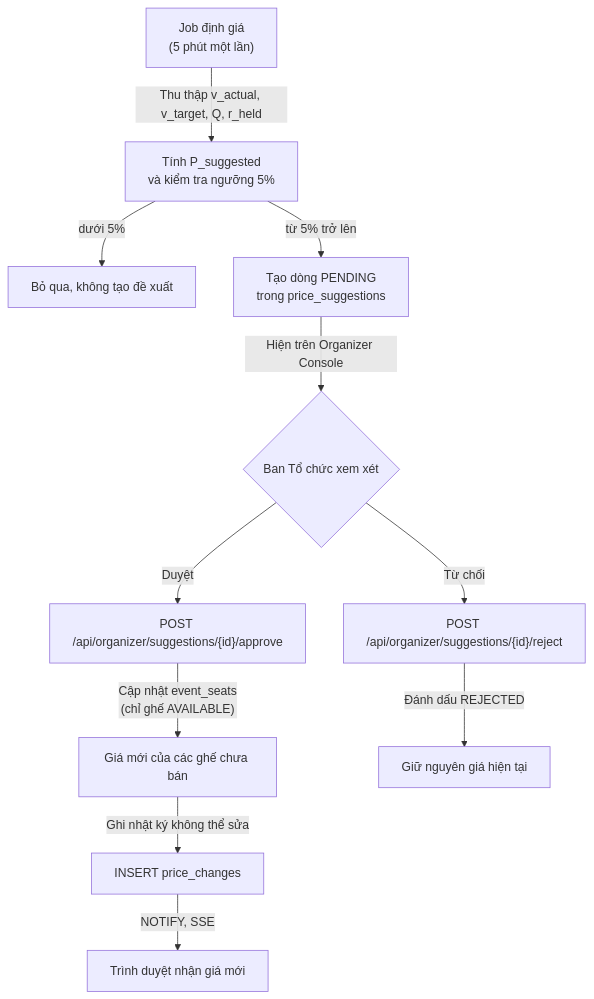
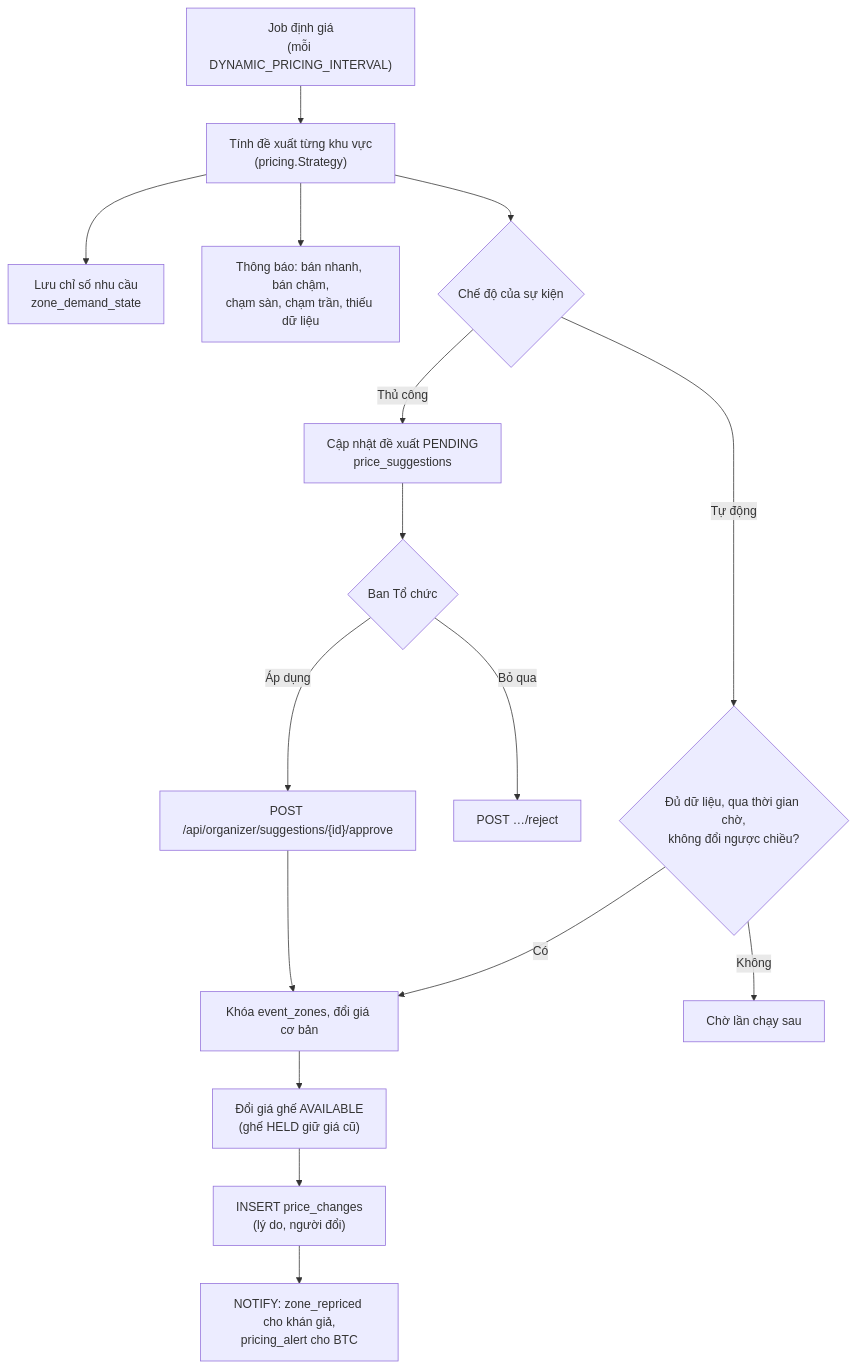
The diagram in docs/dynamic-pricing.md (nhansp/COSH301), drawn with Mermaid before and after one commit. The commit also changed other lines of this file and 2 other files, not shown here.

First line of the commit message:
docs: Document dynamic pricing modes, recommendations and organizer APIs

````diff
--- a/docs/dynamic-pricing.md
+++ b/docs/dynamic-pricing.md
@@ -113,15 +179,21 @@
 ```mermaid
 flowchart TD
-    Job["Job định giá<br/>(5 phút một lần)"] -->|"Thu thập v_actual, v_target, Q, r_held"| Calc["Tính P_suggested<br/>và kiểm tra ngưỡng 5%"]
-    Calc -->|"dưới 5%"| Ignore["Bỏ qua, không tạo đề xuất"]
-    Calc -->|"từ 5% trở lên"| Create["Tạo dòng PENDING<br/>trong price_suggestions"]
-    Create -->|"Hiện trên Organizer Console"| Organizer{"Ban Tổ chức xem xét"}
+    Job["Job định giá<br/>(mỗi DYNAMIC_PRICING_INTERVAL)"] --> Analyze["Tính đề xuất từng khu vực<br/>(pricing.Strategy)"]
+    Analyze --> State["Lưu chỉ số nhu cầu<br/>zone_demand_state"]
+    Analyze --> Alerts["Thông báo: bán nhanh, bán chậm,<br/>chạm sàn, chạm trần, thiếu dữ liệu"]
+    Analyze --> Mode{"Chế độ của sự kiện"}
 
-    Organizer -->|"Duyệt"| Approve["POST /api/organizer/suggestions/{id}/approve"]
-    Approve -->|"Cập nhật event_seats<br/>(chỉ ghế AVAILABLE)"| UpdateSeats["Giá mới của các ghế chưa bán"]
-    UpdateSeats -->|"Ghi nhật ký không thể sửa"| LogChange["INSERT price_changes"]
-    LogChange -->|"NOTIFY, SSE"| NotifyClients["Trình duyệt nhận giá mới"]
+    Mode -->|"Thủ công"| Suggest["Cập nhật đề xuất PENDING<br/>price_suggestions"]
+    Suggest --> BTC{"Ban Tổ chức"}
+    BTC -->|"Áp dụng"| Approve["POST /api/organizer/suggestions/{id}/approve"]
+    BTC -->|"Bỏ qua"| Reject["POST …/reject"]
+    Approve --> Change
 
-    Organizer -->|"Từ chối"| Reject["POST /api/organizer/suggestions/{id}/reject"]
-    Reject -->|"Đánh dấu REJECTED"| KeepCurrent["Giữ nguyên giá hiện tại"]
+    Mode -->|"Tự động"| Guards{"Đủ dữ liệu, qua thời gian chờ,<br/>không đổi ngược chiều?"}
+    Guards -->|"Có"| Change["Khóa event_zones, đổi giá cơ bản"]
+    Guards -->|"Không"| Wait["Chờ lần chạy sau"]
+
+    Change --> Seats["Đổi giá ghế AVAILABLE<br/>(ghế HELD giữ giá cũ)"]
+    Seats --> Log["INSERT price_changes<br/>(lý do, người đổi)"]
+    Log --> SSE["NOTIFY: zone_repriced cho khán giả,<br/>pricing_alert cho BTC"]
 ```
````
